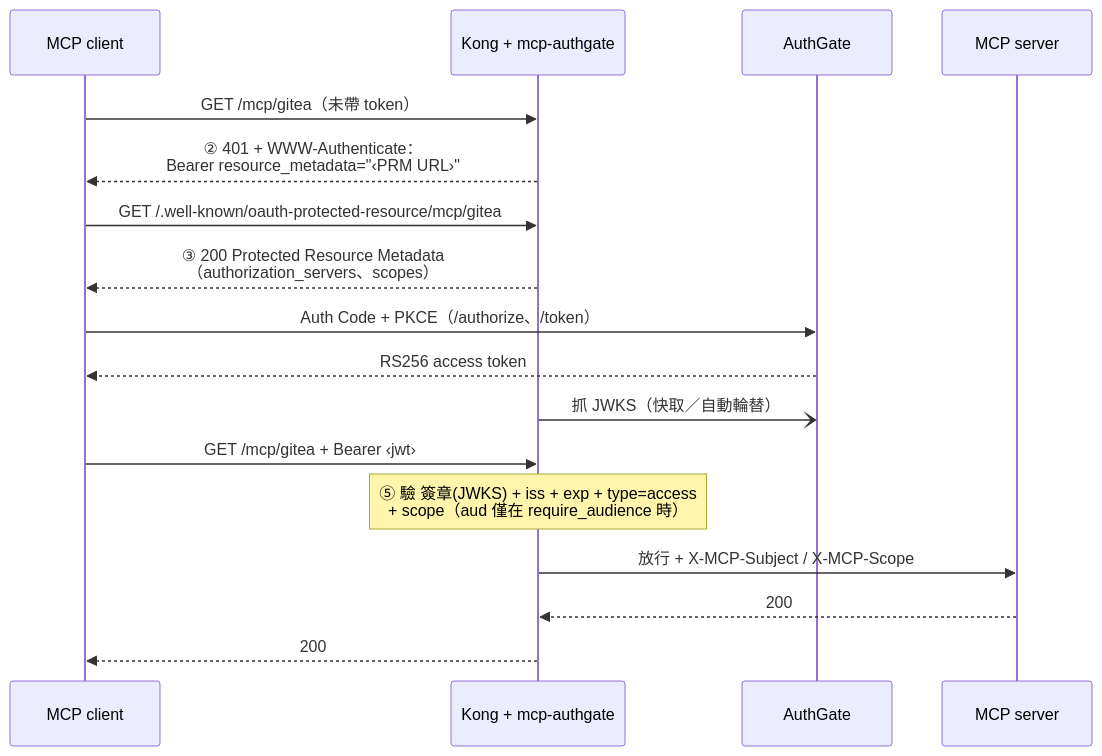
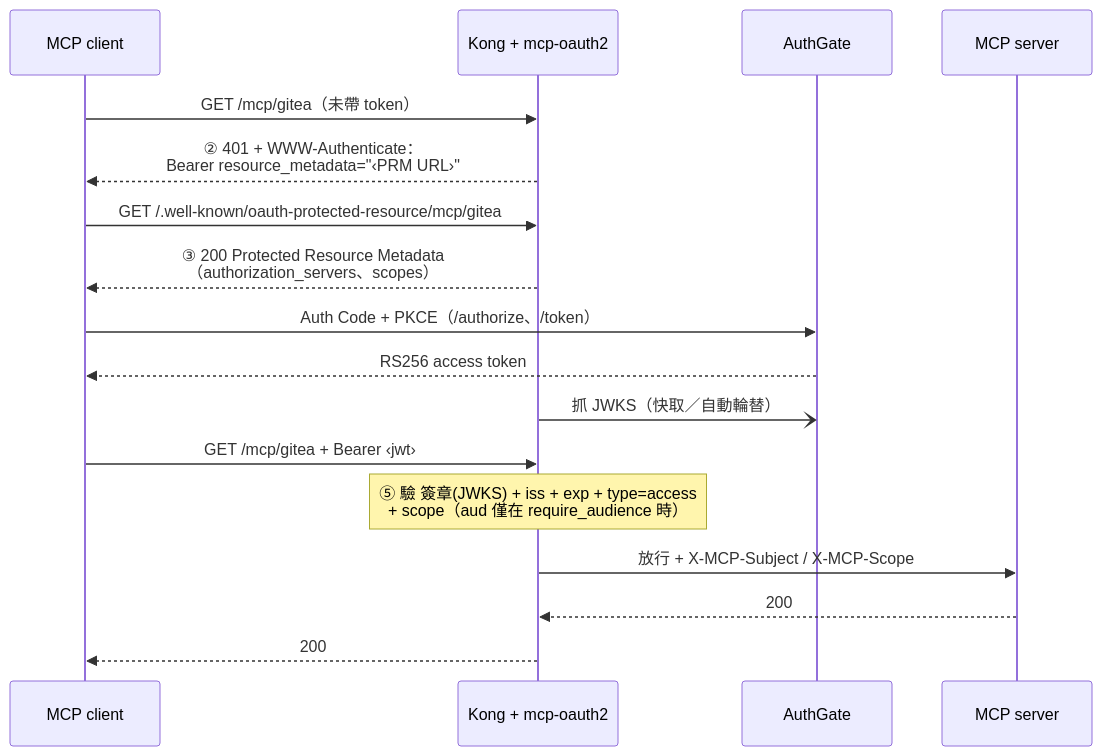
One commit to go-authgate/kong-mcp-oauth2 changed the second of 2 diagrams in README.zh-TW.md. Above: the diagram before and after it, drawn with Mermaid. The commit also changed other lines of this file and 11 other files, not shown here.

First line of the commit message:
refactor: rename plugin mcp-authgate to mcp-oauth2

````diff
--- a/README.zh-TW.md
+++ b/README.zh-TW.md
@@ -49,20 +49,20 @@
 ```mermaid
 sequenceDiagram
     participant C as MCP client
-    participant K as Kong + mcp-authgate
+    participant K as Kong + mcp-oauth2
     participant A as AuthGate
     participant M as MCP server
 
     C->>K: GET /mcp/gitea（未帶 token）
     K-->>C: ② 401 + WWW-Authenticate：<br/>Bearer resource_metadata="‹PRM URL›"
     C->>K: GET /.well-known/oauth-protected-resource/mcp/gitea
     K-->>C: ③ 200 Protected Resource Metadata<br/>（authorization_servers、scopes）
     C->>A: Auth Code + PKCE（/authorize、/token）
     A-->>C: RS256 access token
     K-)A: 抓 JWKS（快取／自動輪替）
     C->>K: GET /mcp/gitea + Bearer ‹jwt›
     Note over K: ⑤ 驗 簽章(JWKS) + iss + exp + type=access<br/>+ scope（aud 僅在 require_audience 時）
     K->>M: 放行 + X-MCP-Subject / X-MCP-Scope
     M-->>K: 200
     K-->>C: 200
 ```
````
